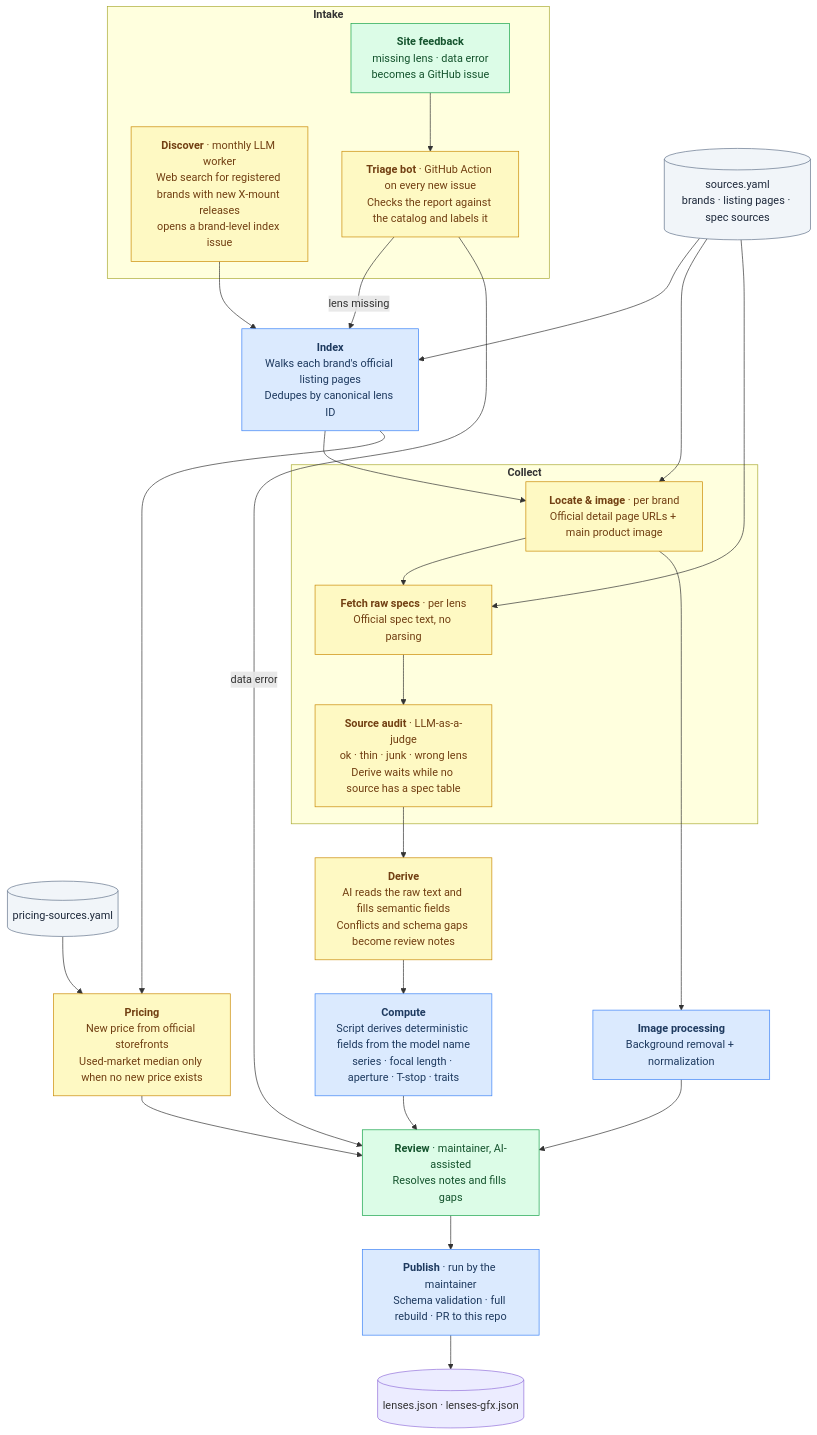
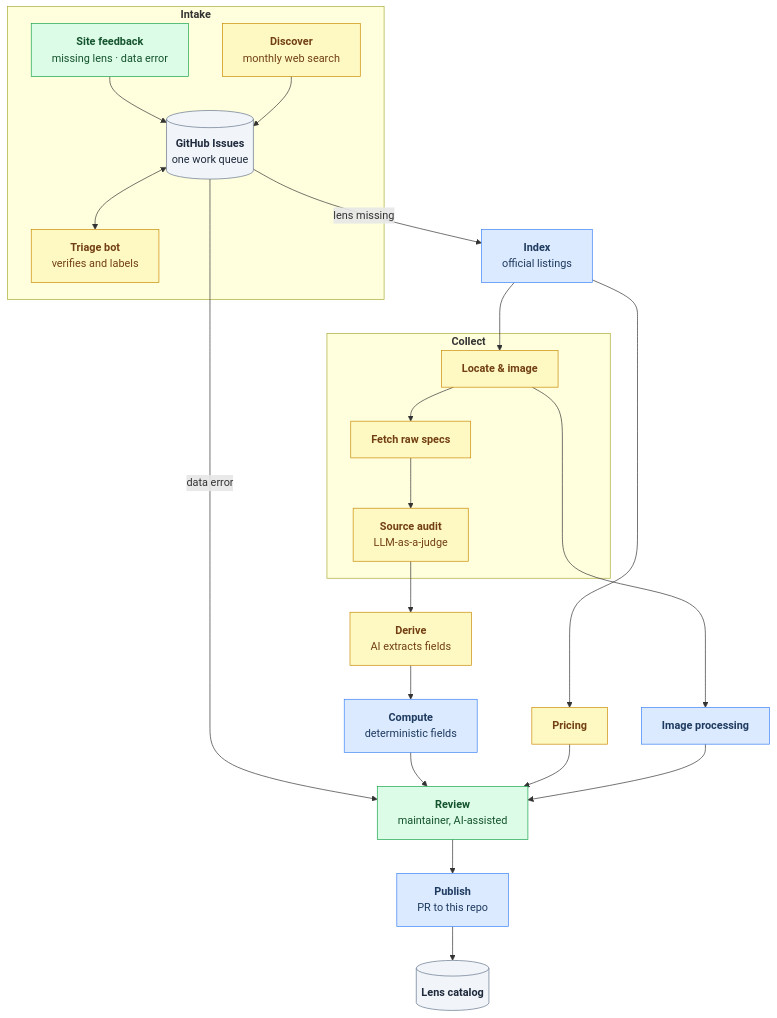
Before and after one commit to sentacraft/atlens: the second of 3 diagrams in README.md, drawn with Mermaid.

Commit message:
docs: simplify the pipeline diagram and route intake through GitHub Issues

````diff
--- a/README.md
+++ b/README.md
@@ -177,68 +177,53 @@
 ```mermaid
 flowchart TD
   subgraph intake["`**Intake**`"]
-    DISC["`**Discover** · monthly LLM worker
-Web search for registered brands with new X-mount releases
-opens a brand-level index issue`"]
     FEED["`**Site feedback**
-missing lens · data error
-becomes a GitHub issue`"]
-    TRI["`**Triage bot** · GitHub Action on every new issue
-Checks the report against the catalog and labels it`"]
+missing lens · data error`"]
+    DISC["`**Discover**
+monthly web search`"]
+    ISSUES[("`**GitHub Issues**
+one work queue`")]
+    TRI["`**Triage bot**
+verifies and labels`"]
   end
 
-  SOURCES[("sources.yaml<br/>brands · listing pages · spec sources")]
-  PSOURCES[("pricing-sources.yaml")]
+  IDX["`**Index**
+official listings`"]
+  subgraph collect["`**Collect**`"]
+    C1["`**Locate & image**`"]
+    C2["`**Fetch raw specs**`"]
+    AUDIT["`**Source audit**
+LLM-as-a-judge`"]
+  end
+  DER["`**Derive**
+AI extracts fields`"]
+  CMP["`**Compute**
+deterministic fields`"]
+  PRC["`**Pricing**`"]
+  IMG["`**Image processing**`"]
+  REV["`**Review**
+maintainer, AI-assisted`"]
+  PUB["`**Publish**
+PR to this repo`"]
+  DB[("`**Lens catalog**`")]
 
-  IDX["`**Index**
-Walks each brand's official listing pages
-Dedupes by canonical lens ID`"]
-
-  subgraph collect["`**Collect**`"]
-    C1["`**Locate & image** · per brand
-Official detail page URLs + main product image`"]
-    C2["`**Fetch raw specs** · per lens
-Official spec text, no parsing`"]
-    AUDIT["`**Source audit** · LLM-as-a-judge
-ok · thin · junk · wrong lens
-Derive waits while no source has a spec table`"]
-  end
-
-  DER["`**Derive**
-AI reads the raw text and fills semantic fields
-Conflicts and schema gaps become review notes`"]
-  CMP["`**Compute**
-Script derives deterministic fields from the model name
-series · focal length · aperture · T-stop · traits`"]
-  PRC["`**Pricing**
-New price from official storefronts
-Used-market median only when no new price exists`"]
-  IMG["`**Image processing**
-Background removal + normalization`"]
-  REV["`**Review** · maintainer, AI-assisted
-Resolves notes and fills gaps`"]
-  PUB["`**Publish** · run by the maintainer
-Schema validation · full rebuild · PR to this repo`"]
-  DB[("lenses.json · lenses-gfx.json")]
-
-  DISC --> IDX
-  FEED --> TRI
-  TRI -->|"lens missing"| IDX
-  TRI -->|"data error"| REV
-  SOURCES --> IDX & C1 & C2
-  PSOURCES --> PRC
+  FEED --> ISSUES
+  DISC --> ISSUES
+  ISSUES <--> TRI
+  ISSUES -->|"lens missing"| IDX
+  ISSUES -->|"data error"| REV
   IDX --> C1 --> C2 --> AUDIT --> DER --> CMP --> REV
   IDX --> PRC --> REV
   C1 --> IMG --> REV
   REV --> PUB --> DB
 
   classDef script fill:#dbeafe,stroke:#3b82f6,color:#1e3a5f
   classDef agent fill:#fef9c3,stroke:#ca8a04,color:#713f12
   classDef human fill:#dcfce7,stroke:#16a34a,color:#14532d
-  classDef config fill:#f1f5f9,stroke:#64748b,color:#1e293b
+  classDef store fill:#f1f5f9,stroke:#64748b,color:#1e293b
 
   class IDX,CMP,IMG,PUB script
   class DISC,TRI,C1,C2,AUDIT,DER,PRC agent
   class FEED,REV human
-  class SOURCES,PSOURCES config
+  class ISSUES,DB store
 ```
````
